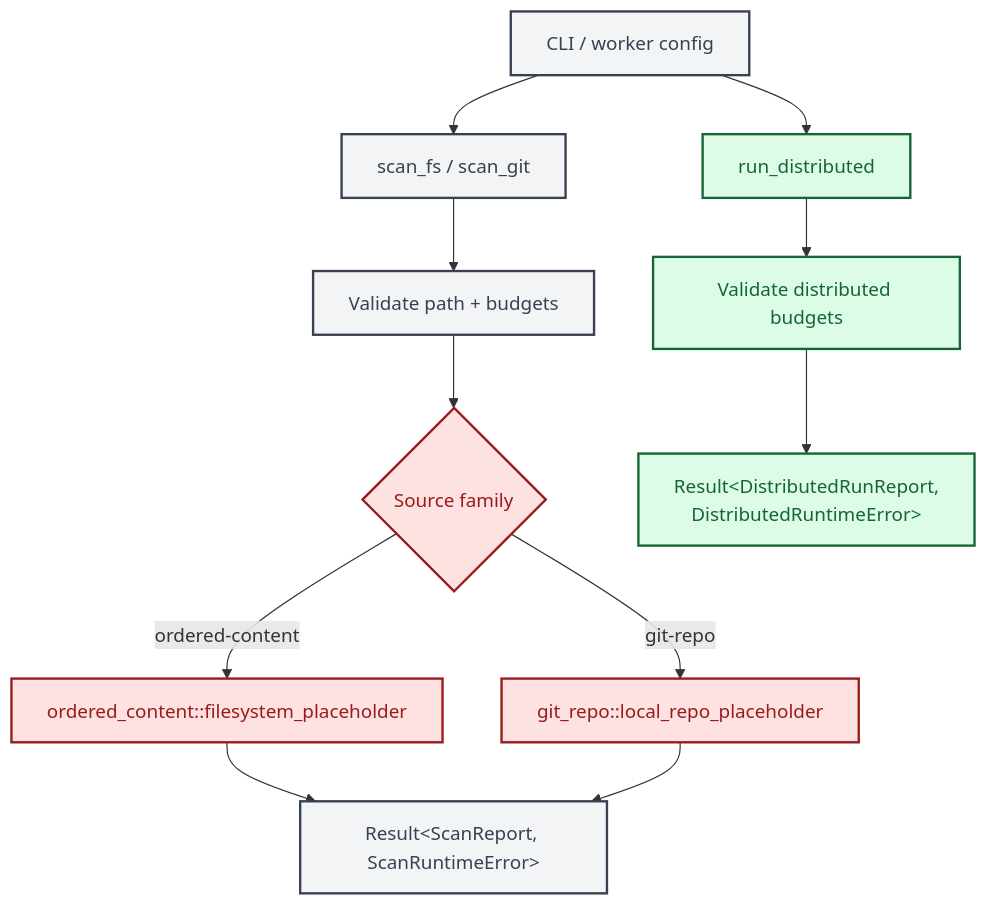
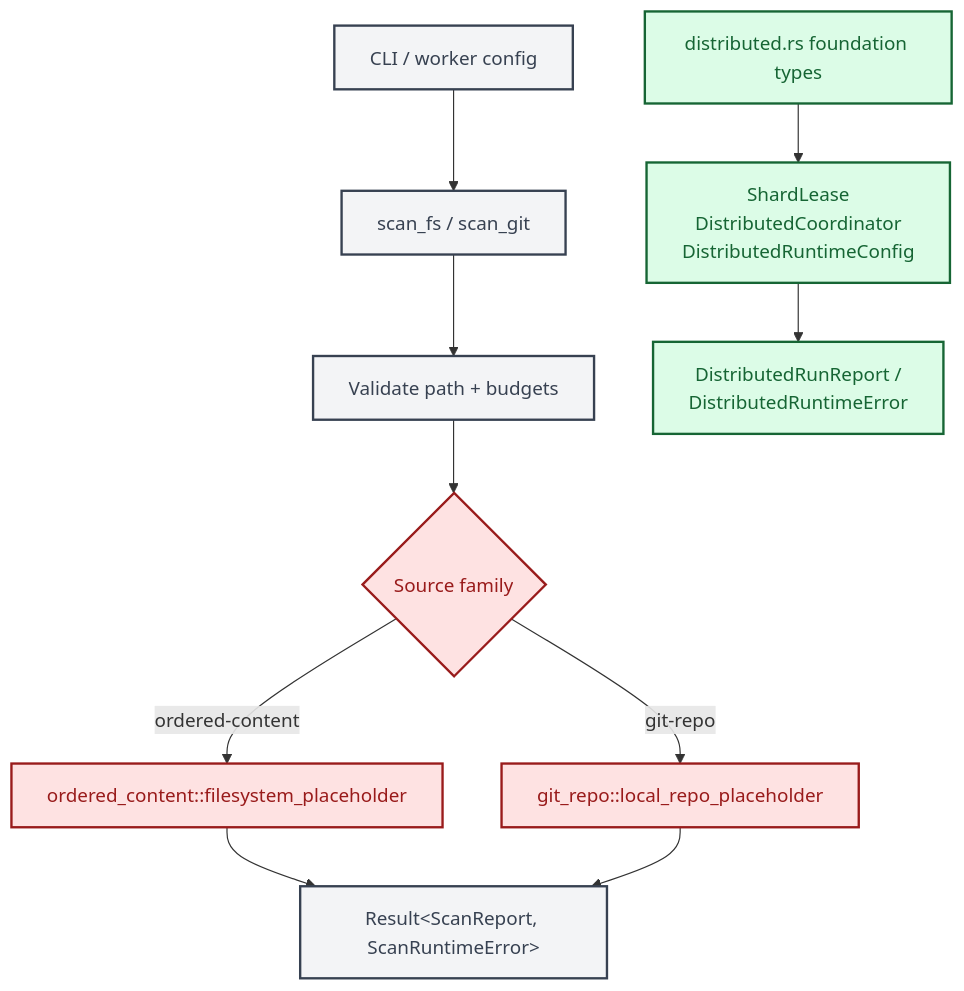
The fourth of 4 diagrams in diagrams/04-end-to-end-scan-flow.md (ahrav/Gossip-rs), drawn with Mermaid before and after one commit. The commit also changed other lines of this file and 5 other files, not shown here.

First line of the commit message:
Refactor distributed runtime module into foundation types

````diff
--- a/diagrams/04-end-to-end-scan-flow.md
+++ b/diagrams/04-end-to-end-scan-flow.md
@@ -197,37 +200,36 @@
 ```mermaid
 %% Diagram: simplified-runtime-flowchart
 graph TD
     A["CLI / worker config"]
     B["scan_fs / scan_git"]
     C["Validate path + budgets"]
     D{"Source family"}
     E["ordered_content::filesystem_placeholder"]
     F["git_repo::local_repo_placeholder"]
     G["Result&lt;ScanReport, ScanRuntimeError&gt;"]
-    H["run_distributed"]
-    I["Validate distributed budgets"]
-    J["Result&lt;DistributedRunReport,<br/>DistributedRuntimeError&gt;"]
+    H["distributed.rs foundation types"]
+    I["ShardLease<A><br/>DistributedCoordinator<A><br/>DistributedRuntimeConfig"]
+    J["DistributedRunReport /<br/>DistributedRuntimeError"]
 
     A --> B
     B --> C
     C --> D
     D -- "ordered-content" --> E
     D -- "git-repo" --> F
     E --> G
     F --> G
 
-    A --> H
     H --> I
     I --> J
 
     style A fill:#F3F4F6,stroke:#374151,stroke-width:2px,color:#374151
     style B fill:#F3F4F6,stroke:#374151,stroke-width:2px,color:#374151
     style C fill:#F3F4F6,stroke:#374151,stroke-width:2px,color:#374151
     style D fill:#FEE2E2,stroke:#991B1B,stroke-width:2px,color:#991B1B
     style E fill:#FEE2E2,stroke:#991B1B,stroke-width:2px,color:#991B1B
     style F fill:#FEE2E2,stroke:#991B1B,stroke-width:2px,color:#991B1B
     style G fill:#F3F4F6,stroke:#374151,stroke-width:2px,color:#374151
     style H fill:#DCFCE7,stroke:#166534,stroke-width:2px,color:#166534
     style I fill:#DCFCE7,stroke:#166534,stroke-width:2px,color:#166534
     style J fill:#DCFCE7,stroke:#166534,stroke-width:2px,color:#166534
 ```
````
